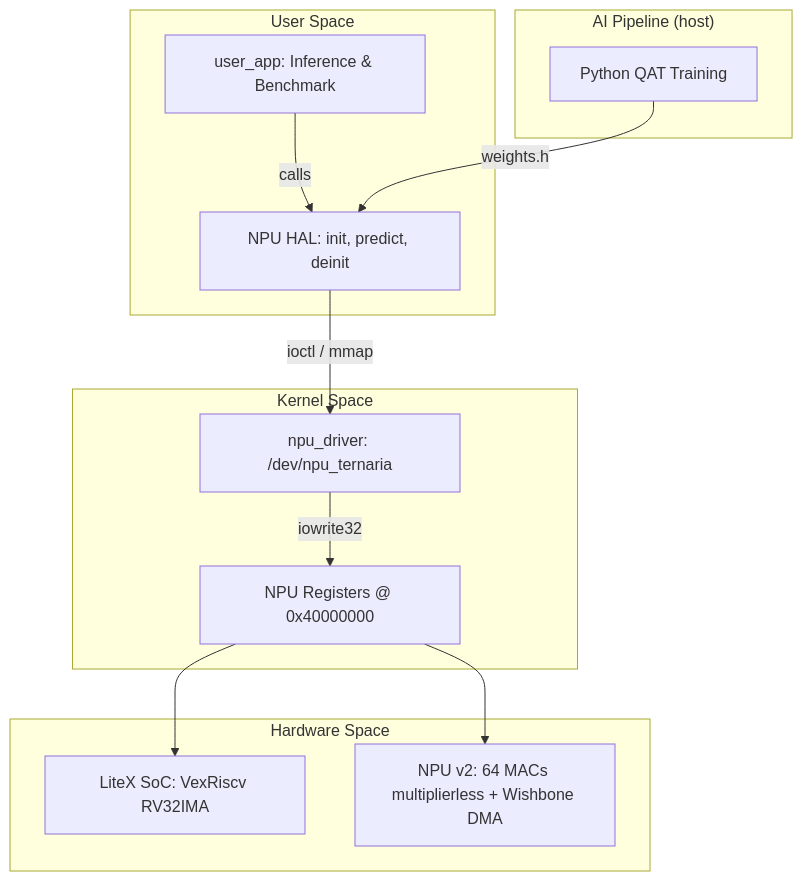
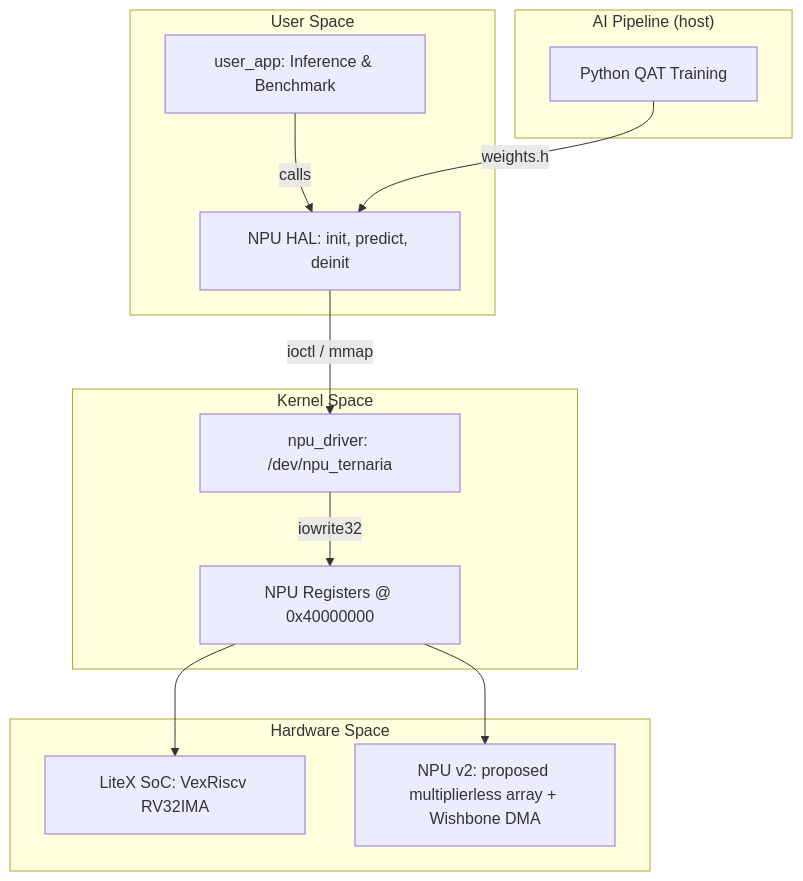
One commit to arthur-og/TernaryEdge-RV changed the diagram in README.md. Above: the diagram before and after it, drawn with Mermaid. The commit also changed other lines of this file, not shown here.

````diff
--- a/README.md
+++ b/README.md
@@ -39,20 +39,20 @@
 ```mermaid
 graph TD
     subgraph UserSpace ["User Space"]
         A[user_app: Inference & Benchmark]
         B[NPU HAL: init, predict, deinit]
         A -->|calls| B
     end
     subgraph KernelSpace ["Kernel Space"]
         C[npu_driver: /dev/npu_ternaria]
         B -->|ioctl / mmap| C
         C -->|iowrite32| D[NPU Registers @ 0x40000000]
     end
     subgraph HardwareSpace ["Hardware Space"]
         D --> E[LiteX SoC: VexRiscv RV32IMA]
-        D --> F[NPU v2: 64 MACs multiplierless + Wishbone DMA]
+        D --> F[NPU v2: proposed multiplierless array + Wishbone DMA]
     end
     subgraph AIPipeline ["AI Pipeline (host)"]
         G[Python QAT Training] -->|weights.h| B
     end
 ```
````
